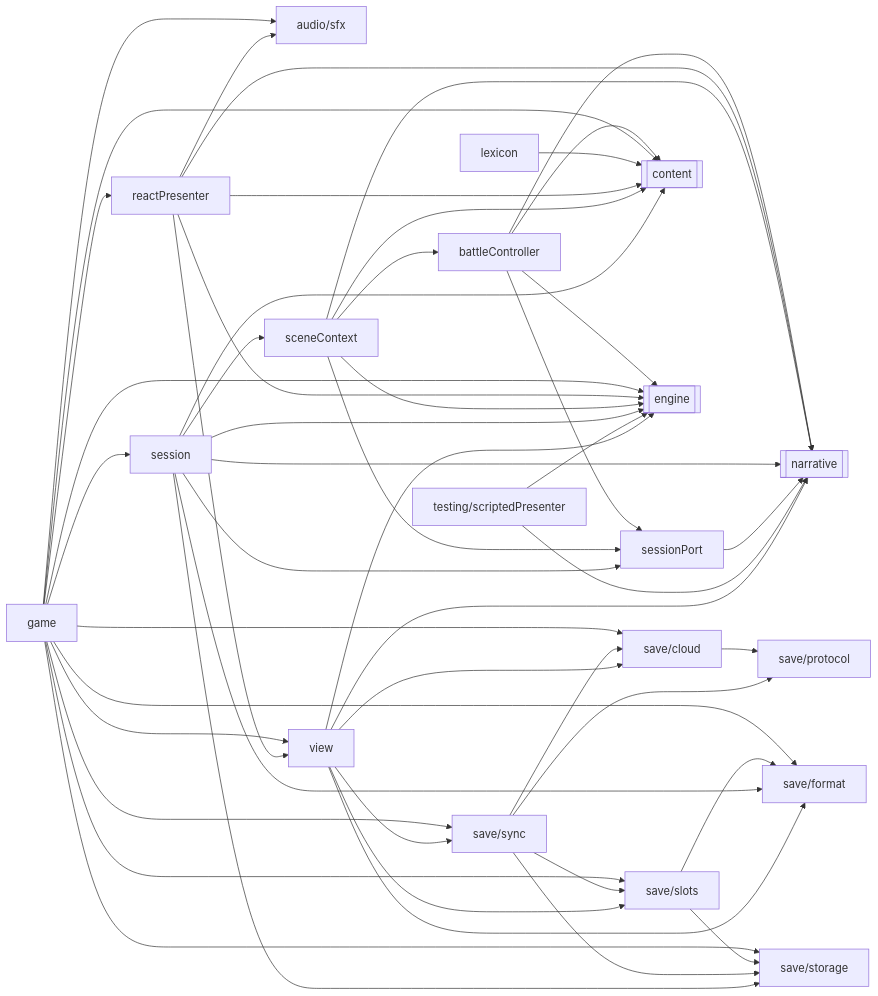
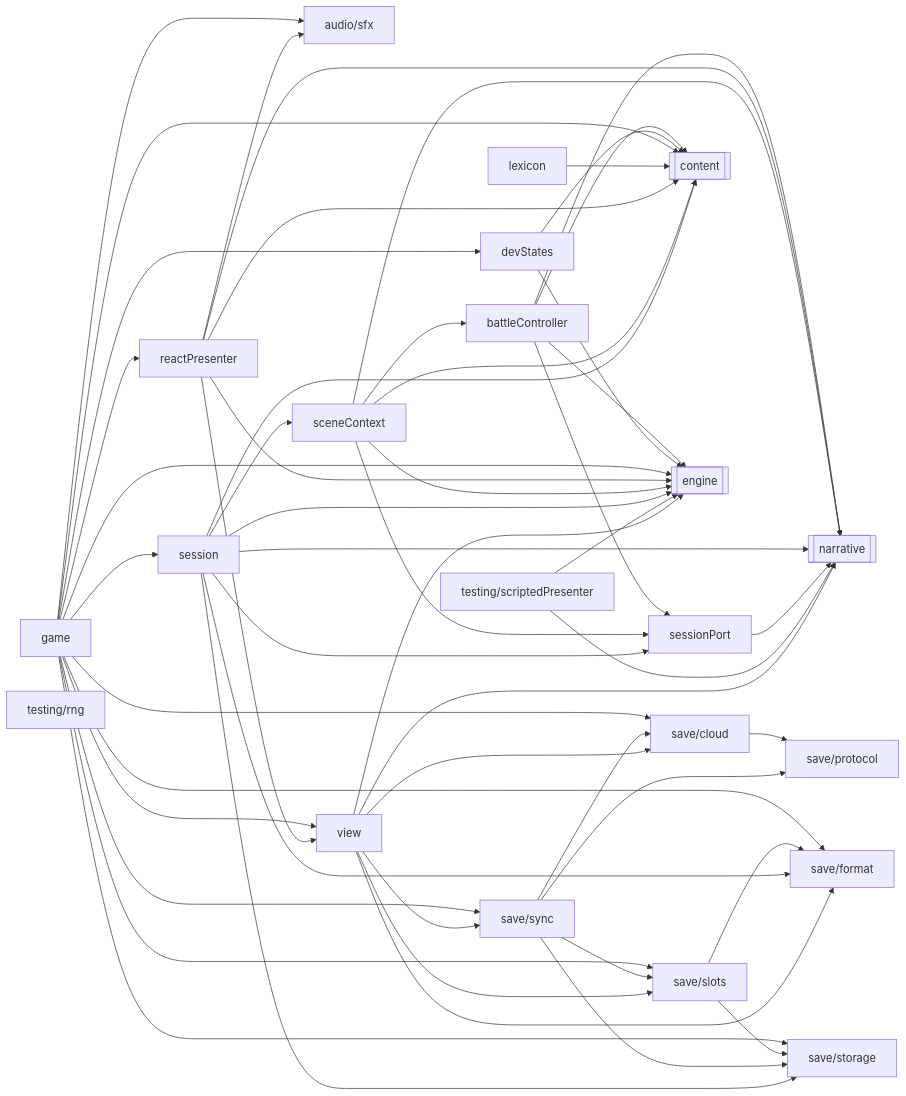
Before and after one commit to OrangeB0lt/Cyber-funk: the diagram in docs/reference/code-map/app.md, drawn with Mermaid. The commit also changed other lines of this file and 12 other files, not shown here.

````diff
--- a/docs/reference/code-map/app.md
+++ b/docs/reference/code-map/app.md
@@ -11,71 +11,76 @@
 ```mermaid
 flowchart LR
   n_audio_sfx["audio/sfx"]
   n_battleController["battleController"]
+  n_devStates["devStates"]
   n_game["game"]
   n_lexicon["lexicon"]
   n_reactPresenter["reactPresenter"]
   n_save_cloud["save/cloud"]
   n_save_format["save/format"]
   n_save_protocol["save/protocol"]
   n_save_slots["save/slots"]
   n_save_storage["save/storage"]
   n_save_sync["save/sync"]
   n_sceneContext["sceneContext"]
   n_session["session"]
   n_sessionPort["sessionPort"]
+  n_testing_rng["testing/rng"]
   n_testing_scriptedPresenter["testing/scriptedPresenter"]
   n_view["view"]
   n_ext_content[["content"]]
   n_ext_engine[["engine"]]
   n_ext_narrative[["narrative"]]
   n_battleController --> n_ext_content
   n_battleController --> n_ext_engine
   n_battleController --> n_ext_narrative
   n_battleController --> n_sessionPort
+  n_devStates --> n_ext_content
+  n_devStates --> n_ext_engine
   n_game --> n_audio_sfx
+  n_game --> n_devStates
   n_game --> n_ext_content
   n_game --> n_ext_engine
   n_game --> n_reactPresenter
   n_game --> n_save_cloud
   n_game --> n_save_format
   n_game --> n_save_slots
   n_game --> n_save_storage
   n_game --> n_save_sync
   n_game --> n_session
   n_game --> n_view
   n_lexicon --> n_ext_content
   n_reactPresenter --> n_audio_sfx
   n_reactPresenter --> n_ext_content
   n_reactPresenter --> n_ext_engine
   n_reactPresenter --> n_ext_narrative
   n_reactPresenter --> n_view
   n_save_cloud --> n_save_protocol
   n_save_slots --> n_save_format
   n_save_slots --> n_save_storage
   n_save_sync --> n_save_cloud
   n_save_sync --> n_save_protocol
   n_save_sync --> n_save_slots
   n_save_sync --> n_save_storage
   n_sceneContext --> n_battleController
   n_sceneContext --> n_ext_content
   n_sceneContext --> n_ext_engine
   n_sceneContext --> n_ext_narrative
   n_sceneContext --> n_sessionPort
   n_session --> n_ext_content
   n_session --> n_ext_engine
   n_session --> n_ext_narrative
   n_session --> n_save_format
   n_session --> n_save_storage
   n_session --> n_sceneContext
   n_session --> n_sessionPort
   n_sessionPort --> n_ext_narrative
   n_testing_scriptedPresenter --> n_ext_engine
   n_testing_scriptedPresenter --> n_ext_narrative
   n_view --> n_ext_engine
   n_view --> n_ext_narrative
   n_view --> n_save_cloud
   n_view --> n_save_format
   n_view --> n_save_slots
   n_view --> n_save_sync
 ```
````
